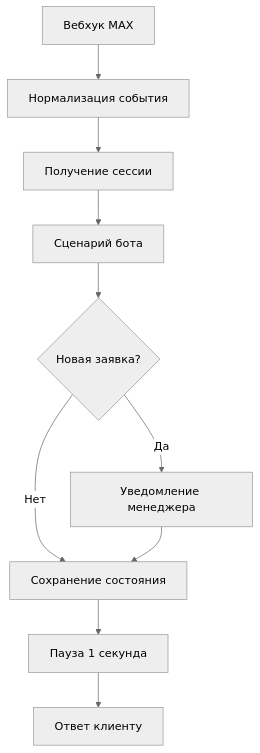
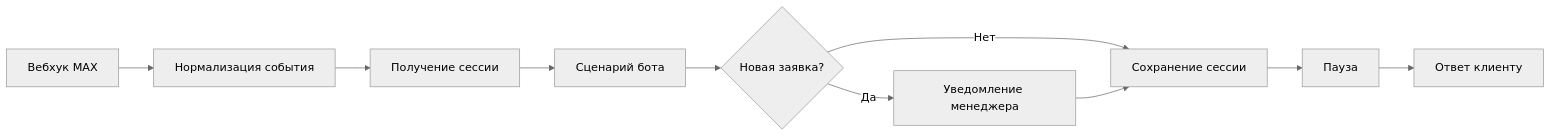
One commit to ppulov6-ai/max-facade-pro-n8n changed the diagram in README.md. Above: the diagram before and after it, drawn with Mermaid (neutral theme). The commit also changed other lines of this file, not shown here.

````diff
--- a/README.md
+++ b/README.md
@@ -20,12 +26,12 @@
 ```mermaid
-flowchart TD
+flowchart LR
     A[Вебхук MAX] --> B[Нормализация события]
     B --> C[Получение сессии]
     C --> D[Сценарий бота]
     D --> E{Новая заявка?}
-    E -- Да --> F[Уведомление менеджера]
-    E -- Нет --> G[Сохранение состояния]
+    E -->|Да| F[Уведомление менеджера]
+    E -->|Нет| G[Сохранение сессии]
     F --> G
-    G --> H[Пауза 1 секунда]
+    G --> H[Пауза]
     H --> I[Ответ клиенту]
 ```
````
